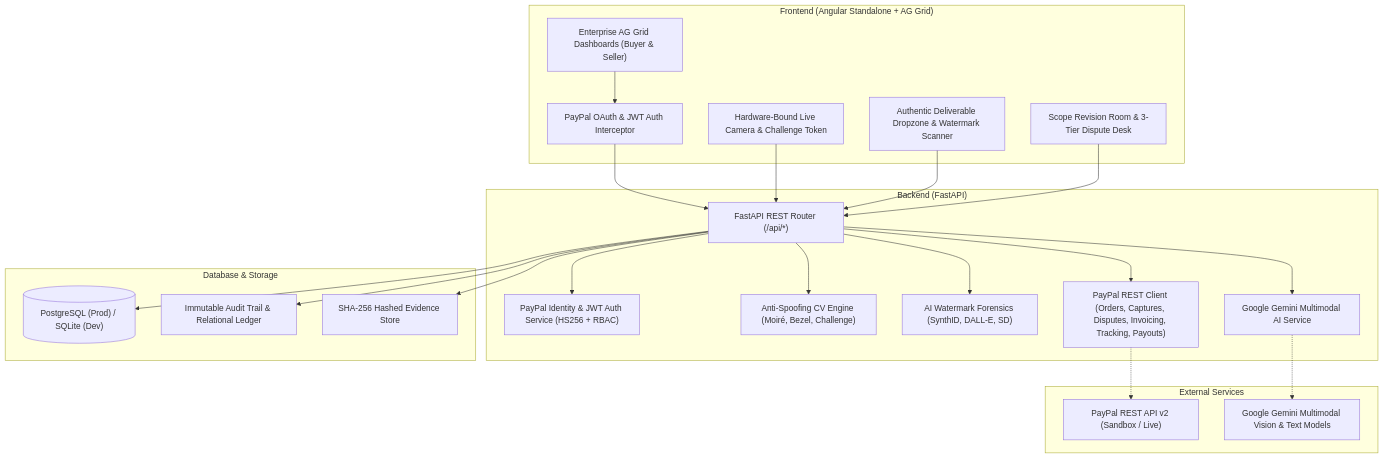
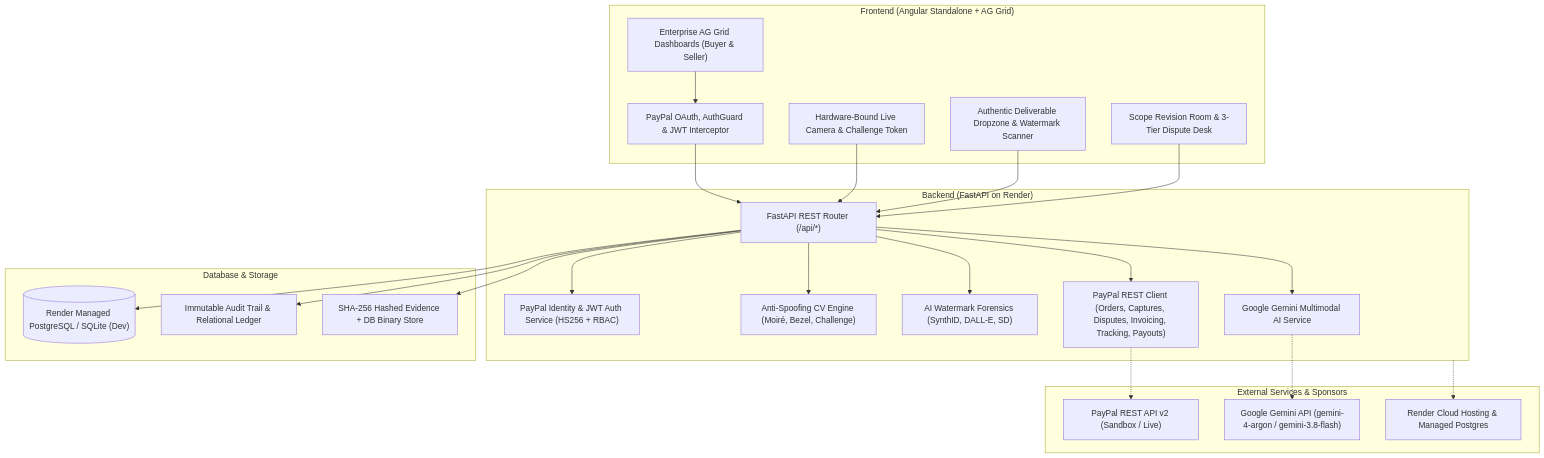
One commit to sahi26/PayPal---Hackathon changed the first of 2 diagrams in README.md. Above: the diagram before and after it, drawn with Mermaid. The commit also changed other lines of this file and 1 other file, not shown here.

Commit message:
docs: add MIT LICENSE and document PayPal tools, AI stack, AG Grid, and Render integrations in README

````diff
--- a/README.md
+++ b/README.md
@@ -55,48 +63,50 @@
 ```mermaid
 flowchart TD
     subgraph ClientApp ["Frontend (Angular Standalone + AG Grid)"]
         UI["Enterprise AG Grid Dashboards (Buyer & Seller)"]
         Cam["Hardware-Bound Live Camera & Challenge Token"]
         Drop["Authentic Deliverable Dropzone & Watermark Scanner"]
         Rev["Scope Revision Room & 3-Tier Dispute Desk"]
-        AuthInt["PayPal OAuth & JWT Auth Interceptor"]
+        AuthInt["PayPal OAuth, AuthGuard & JWT Interceptor"]
     end
 
-    subgraph APIGateway ["Backend (FastAPI)"]
+    subgraph APIGateway ["Backend (FastAPI on Render)"]
         Router["FastAPI REST Router (/api/*)"]
         AuthSvc["PayPal Identity & JWT Auth Service (HS256 + RBAC)"]
         CVEngine["Anti-Spoofing CV Engine (Moiré, Bezel, Challenge)"]
         WMEngine["AI Watermark Forensics (SynthID, DALL-E, SD)"]
         GeminiSvc["Google Gemini Multimodal AI Service"]
         PayPalSvc["PayPal REST Client (Orders, Captures, Disputes, Invoicing, Tracking, Payouts)"]
     end
 
     subgraph Storage ["Database & Storage"]
-        DB[("PostgreSQL (Prod) / SQLite (Dev)")]
+        DB[("Render Managed PostgreSQL / SQLite (Dev)")]
         Ledger["Immutable Audit Trail & Relational Ledger"]
-        Uploads["SHA-256 Hashed Evidence Store"]
+        Uploads["SHA-256 Hashed Evidence + DB Binary Store"]
     end
 
-    subgraph External ["External Services"]
+    subgraph External ["External Services & Sponsors"]
         PP["PayPal REST API v2 (Sandbox / Live)"]
-        GenAI["Google Gemini Multimodal Vision & Text Models"]
+        GenAI["Google Gemini API (gemini-4-argon / gemini-3.8-flash)"]
+        RenderHost["Render Cloud Hosting & Managed Postgres"]
     end
 
     UI --> AuthInt
     AuthInt --> Router
     Cam --> Router
     Drop --> Router
     Rev --> Router
 
     Router --> AuthSvc
     Router --> CVEngine
     Router --> WMEngine
     Router --> GeminiSvc
     Router --> PayPalSvc
     Router --> DB
     Router --> Ledger
     Router --> Uploads
 
     GeminiSvc -.-> GenAI
     PayPalSvc -.-> PP
+    APIGateway -.-> RenderHost
 ```
````
